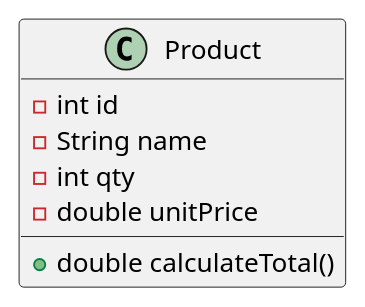
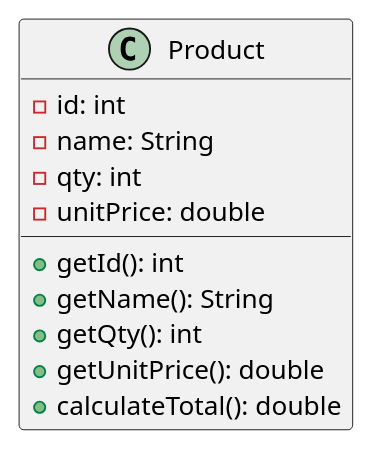
One commit to susantp/class-practise changed the diagram in uml/productapi.puml. Above: the diagram before and after it, drawn with PlantUML. The commit also changed 2 other files, not shown here.

Commit message:
chore: uml and object workaround

```diff
--- a/uml/productapi.puml
+++ b/uml/productapi.puml
@@ -1,10 +1,14 @@
 @startuml
 class Product {
-    -int id
-    -String name
-    -int qty
-    -double unitPrice
-    +double calculateTotal()
+    -id: int
+    -name: String
+    -qty: int
+    -unitPrice: double
+    +getId(): int
+    +getName(): String
+    +getQty(): int
+    +getUnitPrice(): double
+    +calculateTotal(): double
 }
 
 @enduml
```
